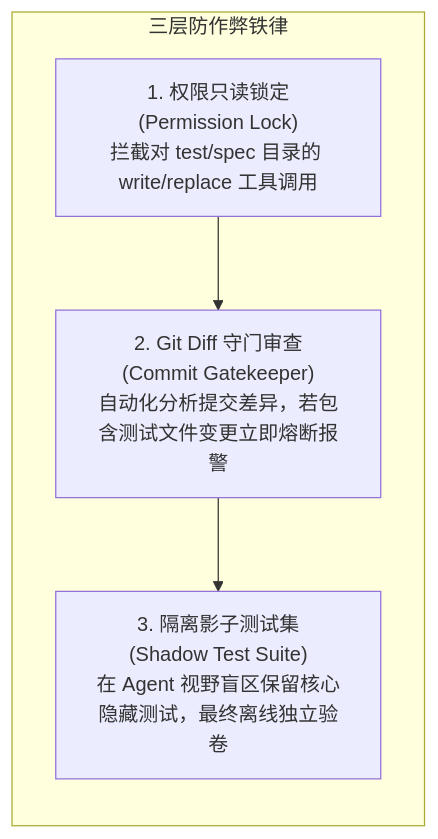
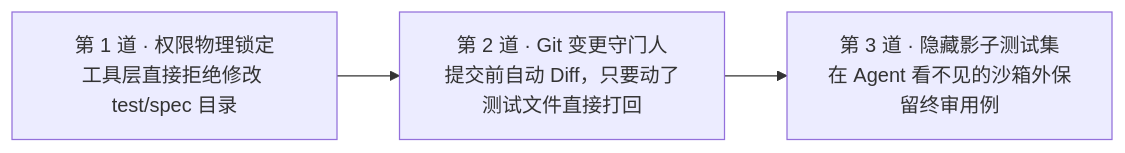
One commit to ljh12138164/ai-agent-study changed the second of 2 diagrams in app/ch05-coding/03-tdd-closed-loop-and-anti-cheating/page.mdx. Above: the diagram before and after it, drawn with Mermaid. The commit also changed other lines of this file and 43 other files, not shown here.

````diff
--- a/app/ch05-coding/03-tdd-closed-loop-and-anti-cheating/page.mdx
+++ b/app/ch05-coding/03-tdd-closed-loop-and-anti-cheating/page.mdx
@@ -67,12 +36,6 @@
 ```mermaid
-graph LR
-    subgraph ThreeDefenses["三层防作弊铁律"]
-        D1["1. 权限只读锁定<br/>(Permission Lock)<br/>拦截对 test/spec 目录的 write/replace 工具调用"]
-        
-        D2["2. Git Diff 守门审查<br/>(Commit Gatekeeper)<br/>自动化分析提交差异，若包含测试文件变更立即熔断报警"]
-        
-        D3["3. 隔离影子测试集<br/>(Shadow Test Suite)<br/>在 Agent 视野盲区保留核心隐藏测试，最终离线独立验卷"]
-    end
-    
-    D1 --> D2 --> D3
+flowchart LR
+    D1["第 1 道 · 权限物理锁定<br/>工具层直接拒绝修改 test/spec 目录"]
+    --> D2["第 2 道 · Git 变更守门人<br/>提交前自动 Diff，只要动了测试文件直接打回"]
+    --> D3["第 3 道 · 隐藏影子测试集<br/>在 Agent 看不见的沙箱外保留终审用例"]
 ```
````
